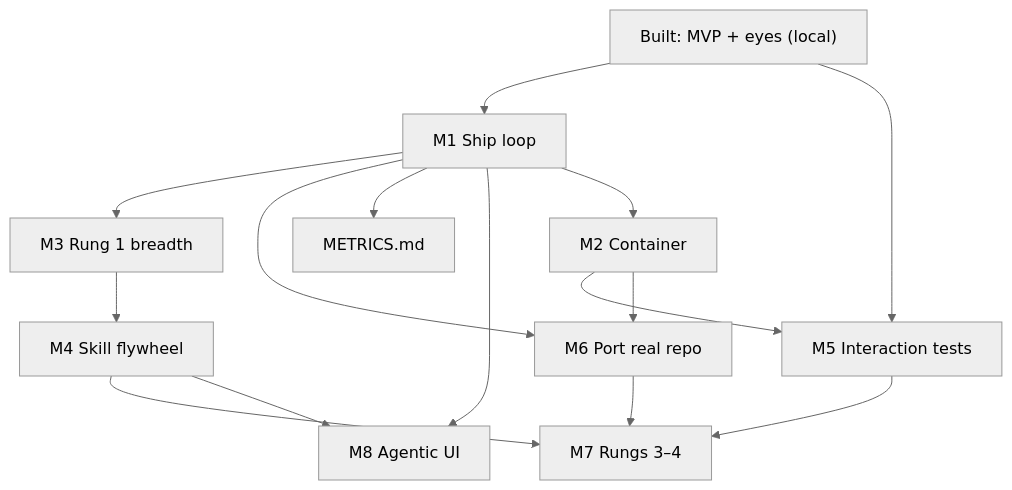
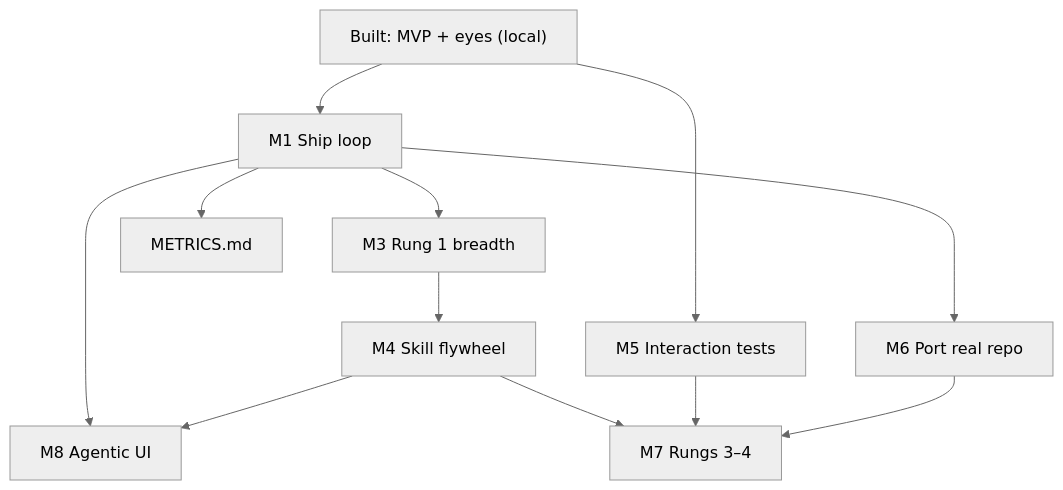
One commit to jrfornes/devkit changed the diagram in plans/README.md. Above: the diagram before and after it, drawn with Mermaid (neutral theme). The commit also changed other lines of this file and 13 other files, not shown here.

````diff
--- a/plans/README.md
+++ b/plans/README.md
@@ -53,28 +56,24 @@
 ```mermaid
 flowchart TB
     built["Built: MVP + eyes (local)"]
     m1["M1 Ship loop"]
-    m2["M2 Container"]
     m3["M3 Rung 1 breadth"]
     m4["M4 Skill flywheel"]
     m5["M5 Interaction tests"]
     m6["M6 Port real repo"]
     m7["M7 Rungs 3–4"]
     m8["M8 Agentic UI"]
     metrics["METRICS.md"]
 
     built --> m1
     built --> m5
     m1 --> m3
     m1 --> m6
     m1 --> metrics
     m1 --> m8
-    m2 --> m5
-    m2 --> m6
-    m1 --> m2
     m3 --> m4
     m4 --> m7
     m5 --> m7
     m4 --> m8
     m6 --> m7
 ```
````
